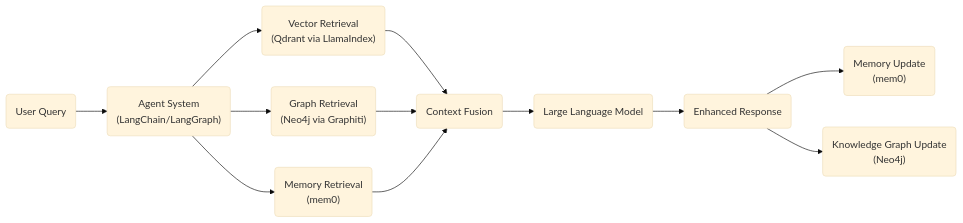
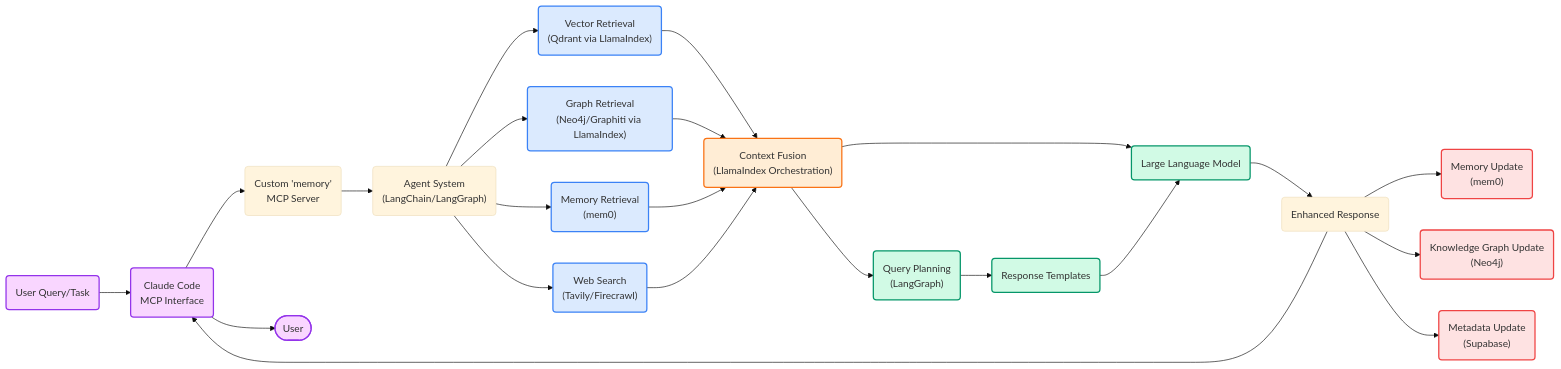
The third of 9 diagrams in README.md (yooeonwoo/enhanced-mem-vector-rag), drawn with Mermaid (base theme) before and after one commit. The commit also changed other lines of this file and 19 other files, not shown here.

First line of the commit message:
docs(architecture): update docs and project configuration

````diff
--- a/README.md
+++ b/README.md
@@ -109,18 +195,43 @@
 ```mermaid
 flowchart LR
-    Input("User Query") --> Agent("Agent System\n(LangChain/LangGraph)")
+    classDef userInteraction fill:#f9d6ff,stroke:#9333ea,stroke-width:2px
+    classDef retrieval fill:#dbeafe,stroke:#3b82f6,stroke-width:2px
+    classDef processing fill:#d1fae5,stroke:#059669,stroke-width:2px
+    classDef storage fill:#fee2e2,stroke:#ef4444,stroke-width:2px
+    classDef fusion fill:#ffedd5,stroke:#f97316,stroke-width:2px
+    
+    Input("User Query/Task") --> ClaudeCode("Claude Code\nMCP Interface")
+    ClaudeCode --> MemoryMCP("Custom 'memory'\nMCP Server")
+    
+    MemoryMCP --> Agent("Agent System\n(LangChain/LangGraph)")
     
     Agent --> VR("Vector Retrieval\n(Qdrant via LlamaIndex)")
-    Agent --> GR("Graph Retrieval\n(Neo4j via Graphiti)")
+    Agent --> GR("Graph Retrieval\n(Neo4j/Graphiti via LlamaIndex)")
     Agent --> MR("Memory Retrieval\n(mem0)")
+    Agent --> WS("Web Search\n(Tavily/Firecrawl)")
     
-    VR --> CF("Context Fusion")
+    VR --> CF("Context Fusion\n(LlamaIndex Orchestration)")
     GR --> CF
     MR --> CF
+    WS --> CF
+    
+    CF --> QP("Query Planning\n(LangGraph)")
+    QP --> RT("Response Templates")
     
     CF --> LLM("Large Language Model")
+    RT --> LLM
     LLM --> Response("Enhanced Response")
     
-    Response --> Mem("Memory Update\n(mem0)")
-    Response --> KG("Knowledge Graph Update\n(Neo4j)")
+    Response --> MemUpdate("Memory Update\n(mem0)")
+    Response --> KGUpdate("Knowledge Graph Update\n(Neo4j)")
+    Response --> MetaUpdate("Metadata Update\n(Supabase)")
+    
+    Response --> ClaudeCode
+    ClaudeCode --> User([User])
+    
+    class Input,ClaudeCode,User userInteraction
+    class VR,GR,MR,WS retrieval
+    class QP,RT,LLM processing
+    class MemUpdate,KGUpdate,MetaUpdate storage
+    class CF fusion
 ```
````
